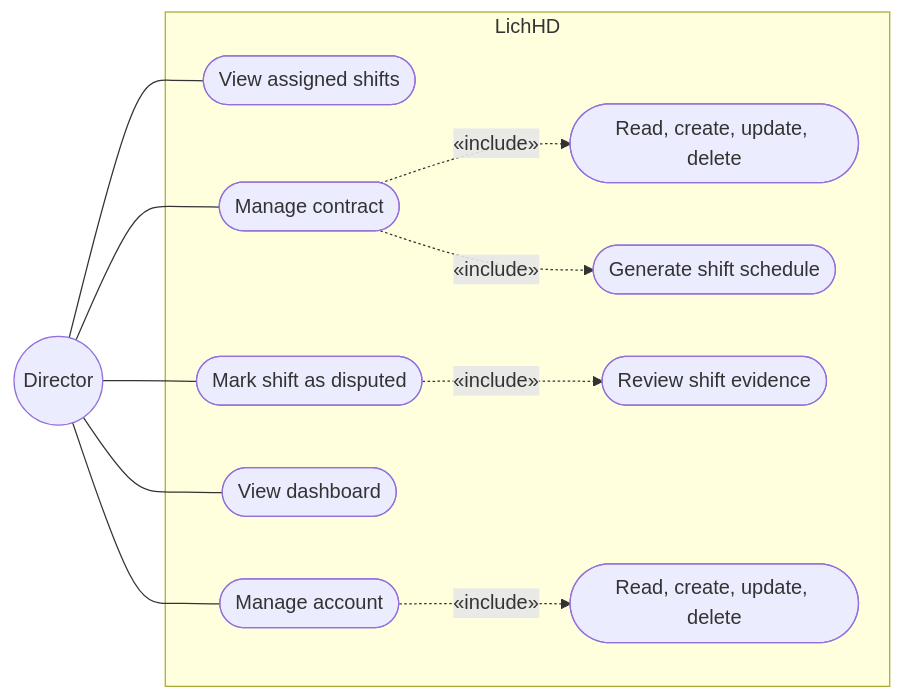
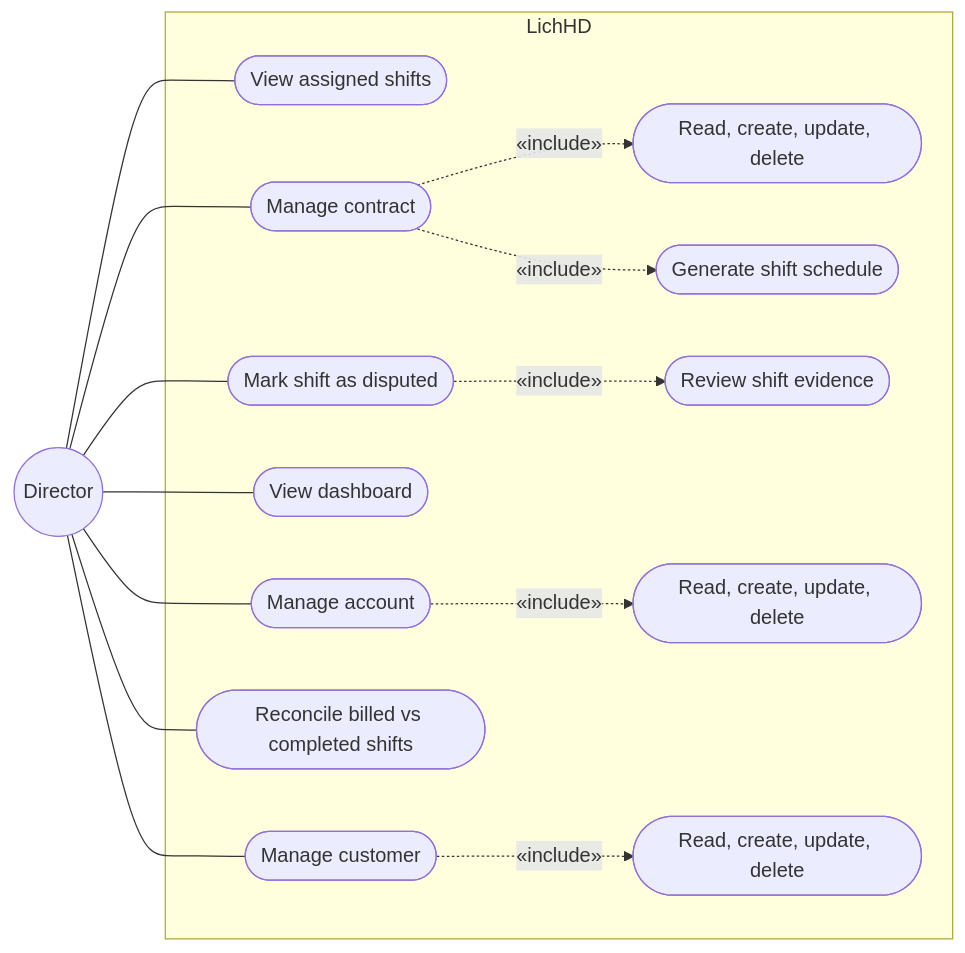
One commit to dDxCg/contrack changed the fifth of 16 diagrams in docs/02-design-analysis.md. Above: the diagram before and after it, drawn with Mermaid. The commit also changed other lines of this file and 6 other files, not shown here.

````diff
--- a/docs/02-design-analysis.md
+++ b/docs/02-design-analysis.md
@@ -123,27 +132,33 @@
 ```mermaid
 flowchart LR
     Director((Director))
 
     subgraph Boundary["LichHD"]
         UC6([View assigned shifts])
         UC9([Manage contract])
         UC9P(["Read, create, update, delete"])
         UC17([Generate shift schedule])
         UC19([Review shift evidence])
         UC10([Mark shift as disputed])
         UC15([View dashboard])
         UC16([Manage account])
         UC16P(["Read, create, update, delete"])
+        UC14([Reconcile billed vs completed shifts])
+        UC21([Manage customer])
+        UC21P(["Read, create, update, delete"])
     end
 
     Director --- UC6
     Director --- UC9
     Director --- UC10
     Director --- UC15
     Director --- UC16
+    Director --- UC14
+    Director --- UC21
 
     UC9 -.->|"&laquo;include&raquo;"| UC9P
     UC9 -.->|"&laquo;include&raquo;"| UC17
     UC16 -.->|"&laquo;include&raquo;"| UC16P
     UC10 -.->|"&laquo;include&raquo;"| UC19
+    UC21 -.->|"&laquo;include&raquo;"| UC21P
 ```
````
